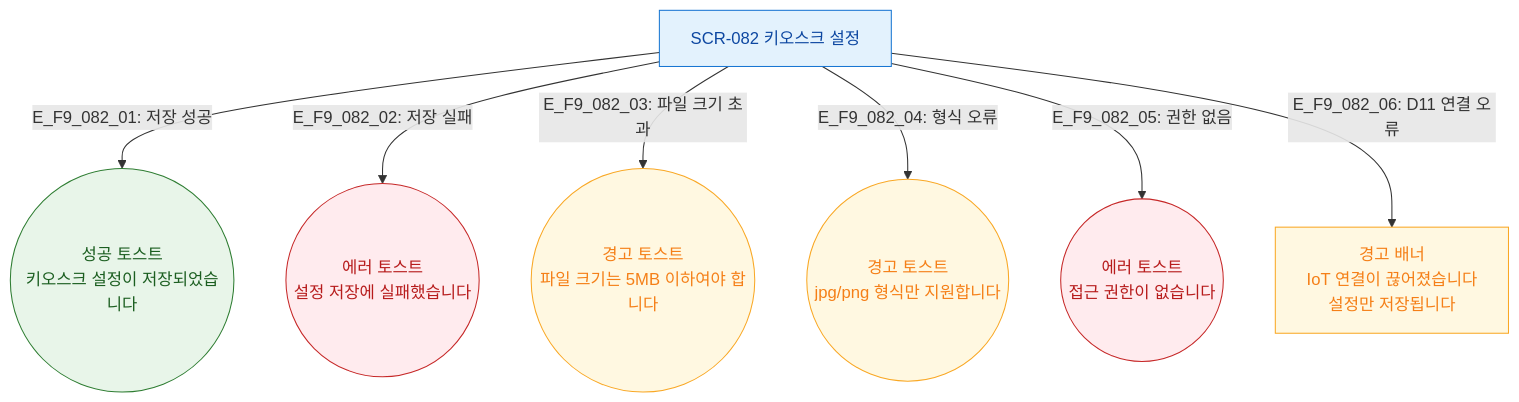
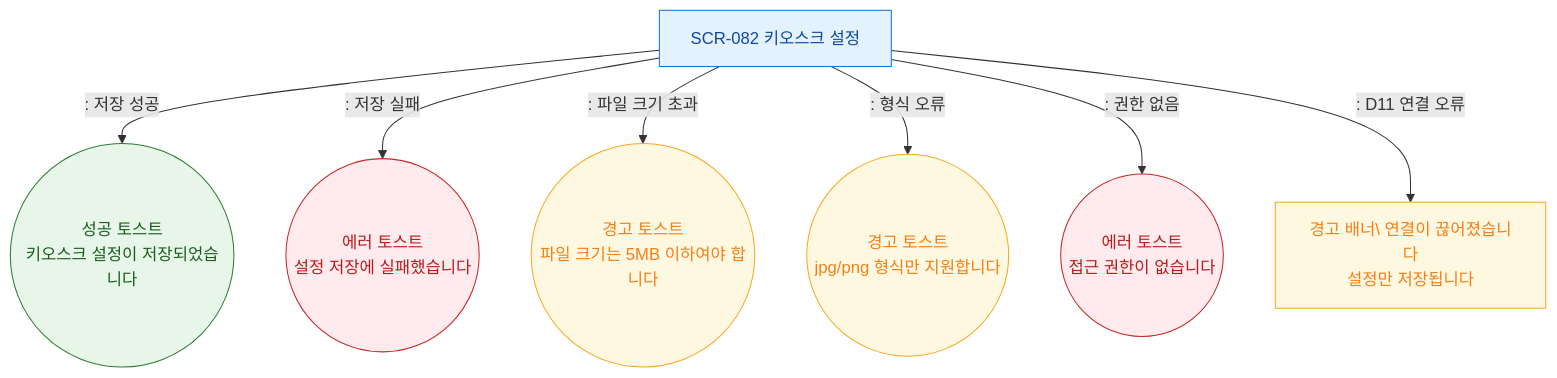
The diagram in docs/다이어그램/D09_설정관리/SCR-082_키오스크설정/F9_토스트피드백.md (dev-spogym/admin-pando), drawn with Mermaid before and after one commit. The commit also changed other lines of this file and 1660 other files, not shown here.

First line of the commit message:
다이어그램: 기획자/클라이언트 납품본으로 정리

````diff
--- a/docs/다이어그램/D09_설정관리/SCR-082_키오스크설정/F9_토스트피드백.md
+++ b/docs/다이어그램/D09_설정관리/SCR-082_키오스크설정/F9_토스트피드백.md
@@ -14,20 +12,20 @@
 ```mermaid
 flowchart TD
     SCR082[SCR-082 키오스크 설정]
 
-    SCR082 -->|"E_F9_082_01: 저장 성공"| FB_OK((성공 토스트\n키오스크 설정이 저장되었습니다))
-    SCR082 -->|"E_F9_082_02: 저장 실패"| FB_Err((에러 토스트\n설정 저장에 실패했습니다))
-    SCR082 -->|"E_F9_082_03: 파일 크기 초과"| FB_Size((경고 토스트\n파일 크기는 5MB 이하여야 합니다))
-    SCR082 -->|"E_F9_082_04: 형식 오류"| FB_Type((경고 토스트\njpg/png 형식만 지원합니다))
-    SCR082 -->|"E_F9_082_05: 권한 없음"| FB_Auth((에러 토스트\n접근 권한이 없습니다))
-    SCR082 -->|"E_F9_082_06: D11 연결 오류"| FB_IoT[경고 배너\nIoT 연결이 끊어졌습니다\n설정만 저장됩니다]
+    SCR082 -->|": 저장 성공"|FB_OK((성공 토스트\n키오스크 설정이 저장되었습니다))
+    SCR082 -->|": 저장 실패"|FB_Err((에러 토스트\n설정 저장에 실패했습니다))
+    SCR082 -->|": 파일 크기 초과"|FB_Size((경고 토스트\n파일 크기는 5MB 이하여야 합니다))
+    SCR082 -->|": 형식 오류"|FB_Type((경고 토스트\njpg/png 형식만 지원합니다))
+    SCR082 -->|": 권한 없음"|FB_Auth((에러 토스트\n접근 권한이 없습니다))
+    SCR082 -->|": D11 연결 오류"|FB_IoT[경고 배너\ 연결이 끊어졌습니다\n설정만 저장됩니다]
 
     classDef screen fill:#E3F2FD,stroke:#1976D2,color:#0D47A1
     classDef success fill:#E8F5E9,stroke:#2E7D32,color:#1B5E20
     classDef error fill:#FFEBEE,stroke:#C62828,color:#B71C1C
     classDef warning fill:#FFF8E1,stroke:#F9A825,color:#F57F17
     class SCR082 screen
     class FB_OK success
     class FB_Err,FB_Auth error
     class FB_Size,FB_Type,FB_IoT warning
 ```
````
